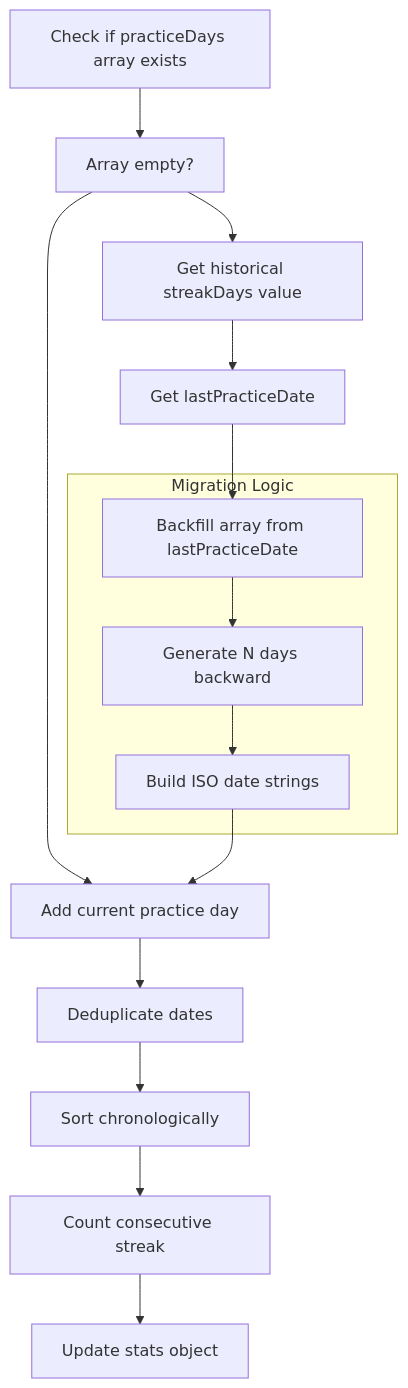
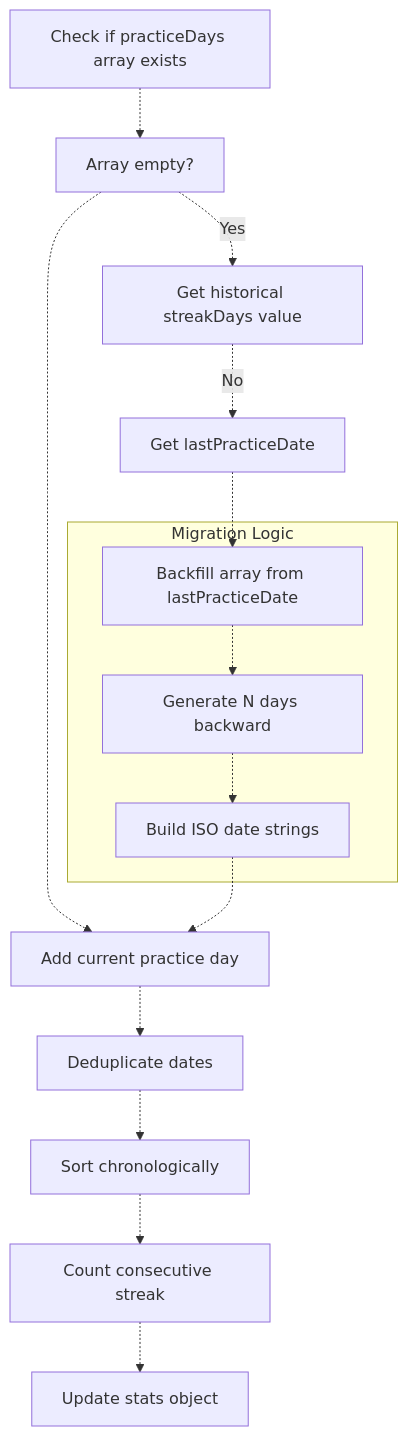
Before and after one commit to sallowayma-git/IELTS-practice: diagram 11 of 14 in developer/doc/Wiki/PracticeRecorder-&-ScoreStorage.md, drawn with Mermaid. The commit also changed other lines of this file and 84 other files, not shown here.

````diff
--- a/developer/doc/Wiki/PracticeRecorder-&-ScoreStorage.md
+++ b/developer/doc/Wiki/PracticeRecorder-&-ScoreStorage.md
@@ -1158,35 +1221,35 @@
 ```mermaid
 flowchart TD
 
 CHECK["Check if practiceDays array exists"]
 EMPTY["Array empty?"]
 HISTORICAL["Get historical streakDays value"]
 LAST["Get lastPracticeDate"]
 BACK["Backfill array from lastPracticeDate"]
 DAYS["Generate N days backward"]
 BUILD["Build ISO date strings"]
 CURRENT["Add current practice day"]
 UNIQUE["Deduplicate dates"]
 SORT["Sort chronologically"]
 COUNT["Count consecutive streak"]
 UPDATE["Update stats object"]
 
-CHECK --> EMPTY
-EMPTY --> HISTORICAL
-HISTORICAL --> LAST
-LAST --> BACK
-EMPTY --> CURRENT
-BUILD --> CURRENT
-CURRENT --> UNIQUE
-UNIQUE --> SORT
-SORT --> COUNT
-COUNT --> UPDATE
+CHECK -.-> EMPTY
+EMPTY -.->|"Yes"| HISTORICAL
+HISTORICAL -.->|"No"| LAST
+LAST -.-> BACK
+EMPTY -.-> CURRENT
+BUILD -.-> CURRENT
+CURRENT -.-> UNIQUE
+UNIQUE -.-> SORT
+SORT -.-> COUNT
+COUNT -.-> UPDATE
 
 subgraph subGraph0 ["Migration Logic"]
     BACK
     DAYS
     BUILD
-    BACK --> DAYS
-    DAYS --> BUILD
+    BACK -.-> DAYS
+    DAYS -.-> BUILD
 end
 ```
````
